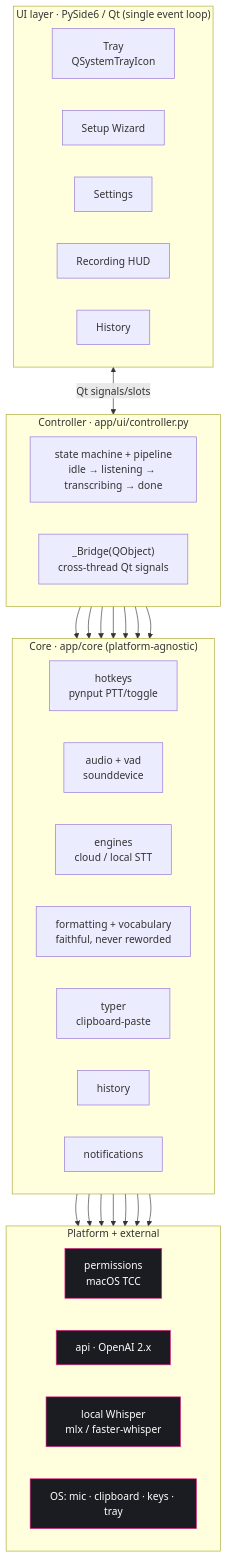
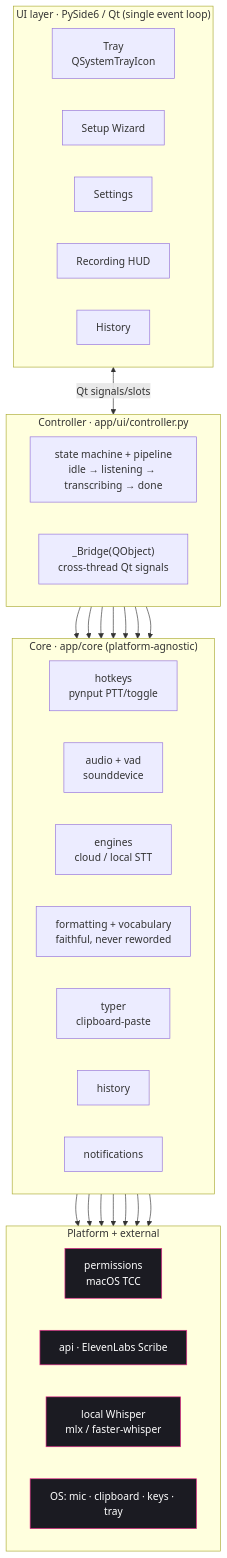
One commit to romiteld/yapper changed the first of 6 diagrams in docs/ARCHITECTURE.md. Above: the diagram before and after it, drawn with Mermaid. The commit also changed other lines of this file and 15 other files, not shown here.

Commit message:
feat(stt): switch cloud speech-to-text from OpenAI to ElevenLabs Scribe v2

````diff
--- a/docs/ARCHITECTURE.md
+++ b/docs/ARCHITECTURE.md
@@ -16,48 +16,48 @@
 ```mermaid
 flowchart TB
     subgraph UI["UI layer · PySide6 / Qt (single event loop)"]
         direction LR
         tray["Tray<br/>QSystemTrayIcon"]
         wizard["Setup Wizard"]
         settings["Settings"]
         hud["Recording HUD"]
         history_ui["History"]
     end
 
     subgraph CTRL["Controller · app/ui/controller.py"]
         ctl["state machine + pipeline<br/>idle → listening → transcribing → done"]
         bridge["_Bridge(QObject)<br/>cross-thread Qt signals"]
     end
 
     subgraph CORE["Core · app/core (platform-agnostic)"]
         direction LR
         hotkeys["hotkeys<br/>pynput PTT/toggle"]
         audio["audio + vad<br/>sounddevice"]
         engines["engines<br/>cloud / local STT"]
         fmt["formatting + vocabulary<br/>faithful, never reworded"]
         typer["typer<br/>clipboard-paste"]
         hist["history"]
         notif["notifications"]
     end
 
     subgraph PLAT["Platform + external"]
         direction LR
         perms["permissions<br/>macOS TCC"]
-        api["api · OpenAI 2.x"]
+        api["api · ElevenLabs Scribe"]
         local["local Whisper<br/>mlx / faster-whisper"]
         os["OS: mic · clipboard · keys · tray"]
     end
 
     UI <-->|Qt signals/slots| CTRL
     CTRL --> hotkeys & audio & engines & fmt & typer & hist & notif
     hotkeys --> perms
     typer --> perms
     engines --> api
     engines --> local
     audio --> os
     typer --> os
     hotkeys --> os
 
     classDef ext fill:#1b1b22,stroke:#ec2a8e,color:#fff;
     class perms,api,local,os ext;
 ```
````
